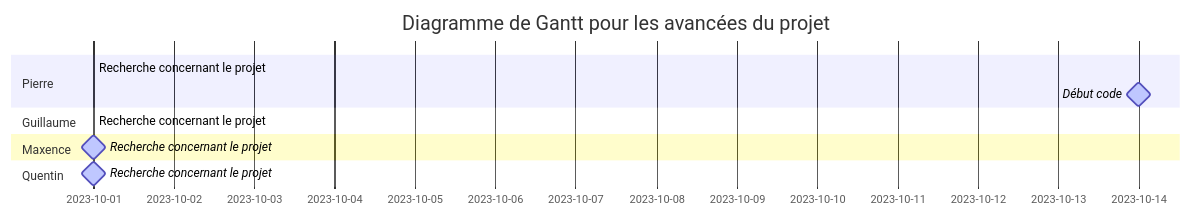
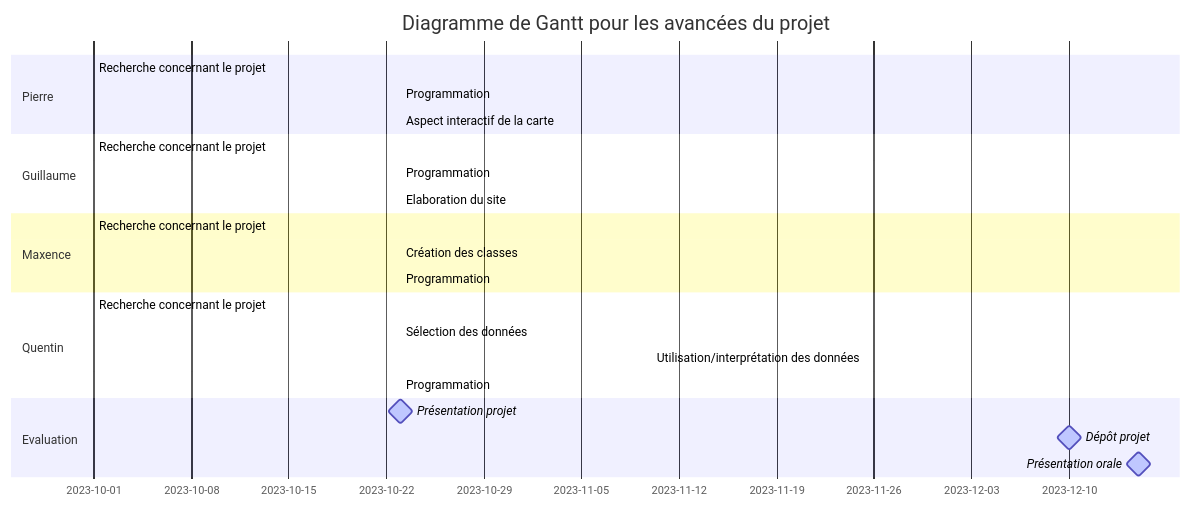
The diagram in pollutionOcc/Avancée.qmd (guibouland/ProjetGroupe), drawn with Mermaid before and after one commit. The commit also changed 6 other files, not shown here.

Commit message:
modification du diagramme de Gantt

````diff
--- a/pollutionOcc/Avancée.qmd
+++ b/pollutionOcc/Avancée.qmd
@@ -4,14 +4,30 @@
 ```{mermaid}
     gantt
         title Diagramme de Gantt pour les avancées du projet
         section Pierre
-            Recherche concernant le projet  : active,     2023-10-01, 2023-10-20
-            Début code : active, milestone,         2023-10-14, 2023-11-20
+            Recherche concernant le projet  : active,     2023-10-01, 2023-10-23
+            Programmation : active,         2023-10-23, 2023-12-10
+            Aspect interactif de la carte : active,         2023-10-23, 2023-12-10
+            
         section Guillaume
-            Recherche concernant le projet  : active,     2023-10-01, 2023-10-20
+            Recherche concernant le projet  : active,     2023-10-01, 2023-10-23
+            Programmation : active,         2023-10-23, 2023-12-10
+            Elaboration du site : active,         2023-10-23, 2023-12-10
+            
         section Maxence
-            Recherche concernant le projet : active, milestone,     2023-10-01, 2023-10-20
+            Recherche concernant le projet : active,     2023-10-01, 2023-10-23
+            Création des classes : active,         2023-10-23, 2023-11-10
+            Programmation : active,         2023-10-23, 2023-12-10
+            
         section Quentin
-            Recherche concernant le projet : active, milestone,     2023-10-01, 2023-10-20
+            Recherche concernant le projet : active,     2023-10-01, 2023-10-23
+            Sélection des données : active,         2023-10-23, 2023-11-10
+            Utilisation/interprétation des données : active,         2023-11-10, 2023-12-10
+            Programmation : active,         2023-10-23, 2023-12-10
+            
+        section Evaluation
+            Présentation projet : active, milestone,     2023-10-23, 2023-10-23
+            Dépôt projet : active, milestone,     2023-12-10, 2023-12-10
+            Présentation orale : active, milestone,     2023-12-15, 2023-12-15
 
 ```
````
